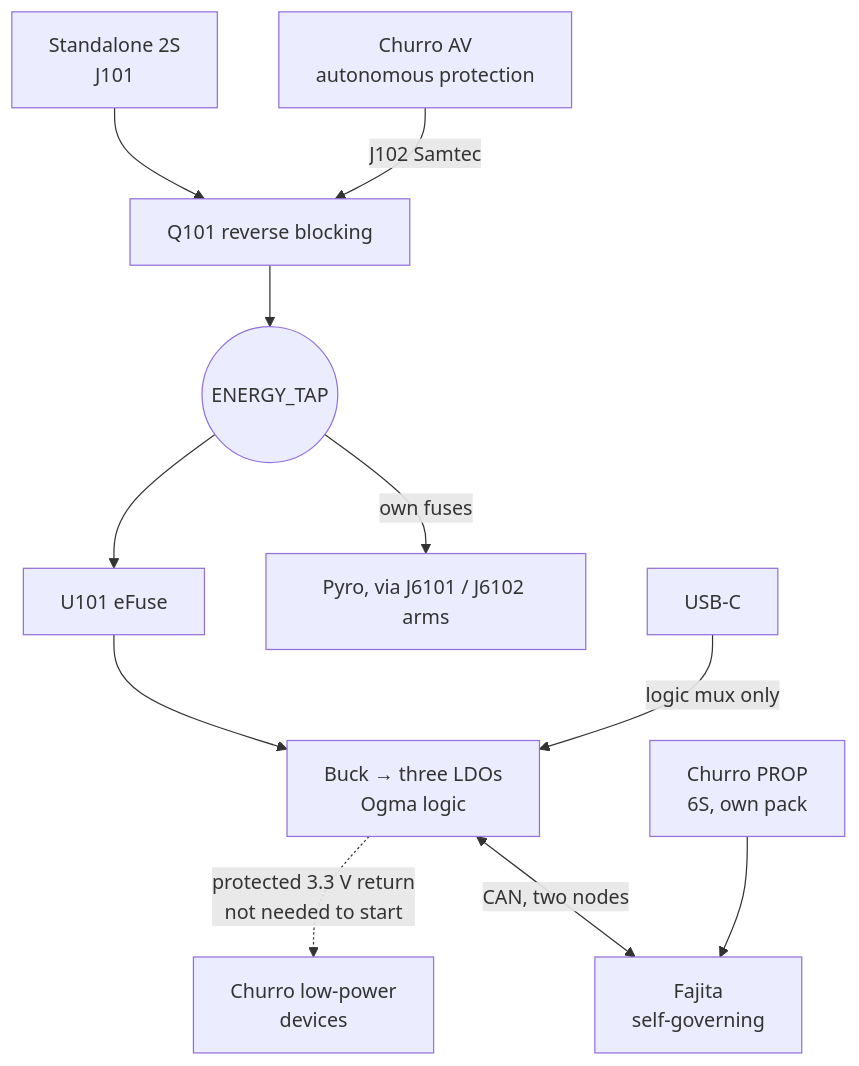
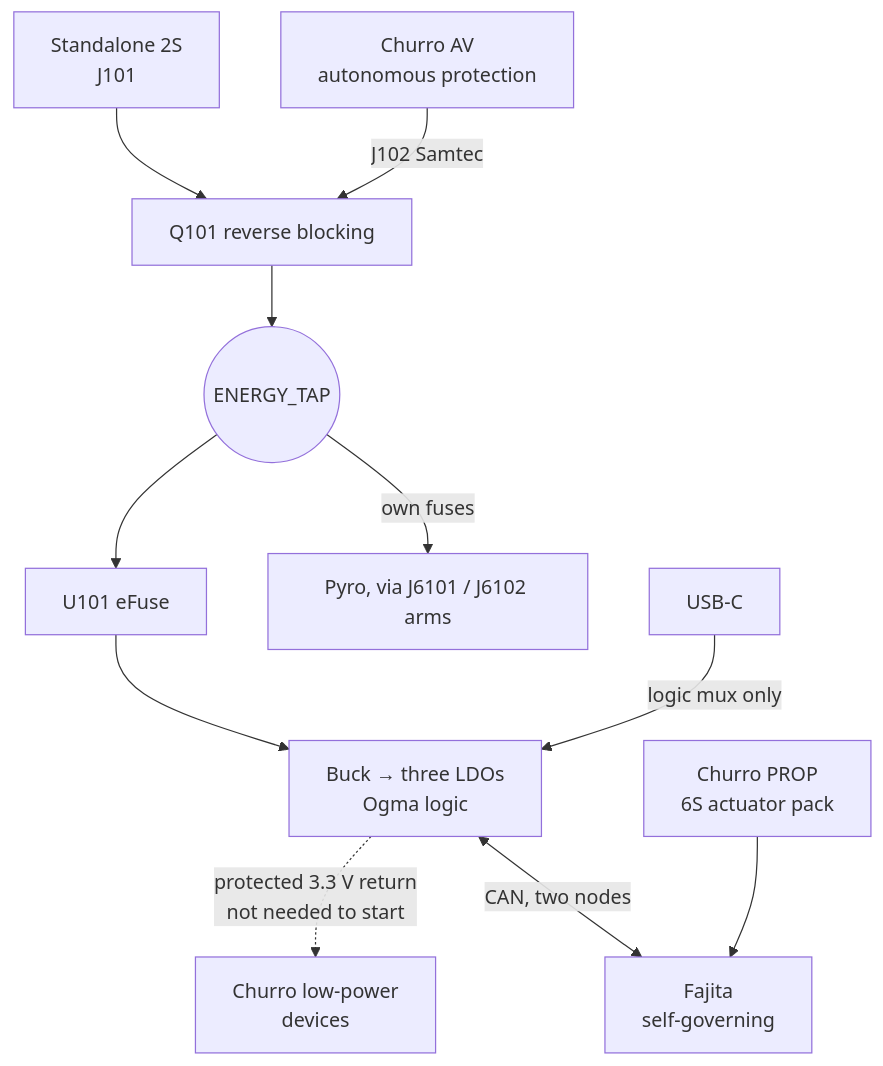
Before and after one commit to ULAS-HiPR/Ogma2: the diagram in interfaces/power-contract.md, drawn with Mermaid. The commit also changed other lines of this file and 12 other files, not shown here.

````diff
--- a/interfaces/power-contract.md
+++ b/interfaces/power-contract.md
@@ -176,19 +177,19 @@
 ```mermaid
 flowchart TB
   SA["Standalone 2S
 J101"] --> Q["Q101 reverse blocking"]
   CH["Churro AV
 autonomous protection"] -->|"J102 Samtec"| Q
   Q --> TAP(("ENERGY_TAP"))
   TAP --> U101["U101 eFuse"] --> LOGIC["Buck → three LDOs
 Ogma logic"]
   TAP -->|"own fuses"| OUT["Pyro, via J6101 / J6102 arms"]
   USB["USB-C"] -->|"logic mux only"| LOGIC
   LOGIC -.->|"protected 3.3 V return
 not needed to start"| CL["Churro low-power
 devices"]
   LOGIC <-->|"CAN, two nodes"| FJ["Fajita
 self-governing"]
   CP["Churro PROP
-6S, own pack"] --> FJ
+6S actuator pack"] --> FJ
 ```
````
